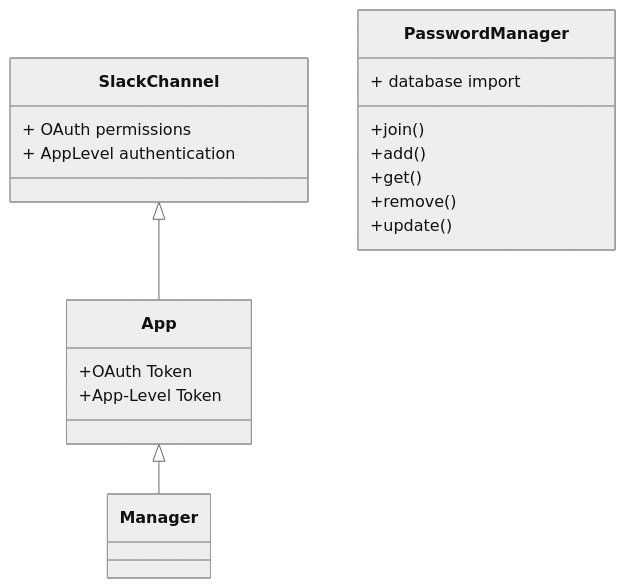
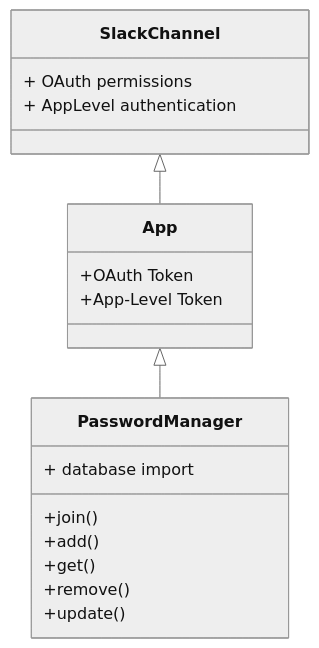
Before and after one commit to em-henken/slackbot-password-manager: the diagram in diagrams/structureDiagram.md, drawn with Mermaid (neutral theme).

````diff
--- a/diagrams/structureDiagram.md
+++ b/diagrams/structureDiagram.md
@@ -1,19 +1,19 @@
 ```mermaid
 classDiagram
-    App <|-- Manager
+    App <|-- PasswordManager
     SlackChannel <|-- App
     App : +OAuth Token
     App : +App-Level Token
     class PasswordManager{
         + database import
         +join()
 	+add()
         +get()
         +remove()
 	+update()
     }
     class SlackChannel{
         + OAuth permissions
         + AppLevel authentication
     }
 ```
````
